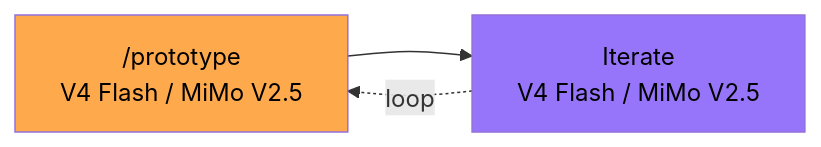
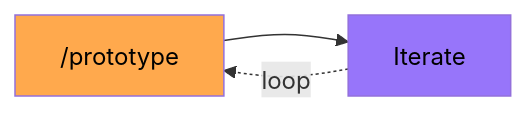
Before and after one commit to elisharkray1030/ai-coding-workflow: the fifth of 12 diagrams in README.md, drawn with Mermaid. The commit also changed other lines of this file, not shown here.

First line of the commit message:
refactor: Flash-first routing with per-use-case escalation

````diff
--- a/README.md
+++ b/README.md
@@ -122,11 +143,11 @@
 ```mermaid
 graph LR
-    PR[ /prototype<br/>V4 Flash / MiMo V2.5] --> IT[Iterate<br/>V4 Flash / MiMo V2.5]
+    PR[ /prototype] --> IT[Iterate]
     IT -.->|loop| PR
 
     classDef orange fill:#ffa94d,color:#000
     classDef purple fill:#9775fa,color:#000
 
     class PR orange
     class IT purple
 ```
````
